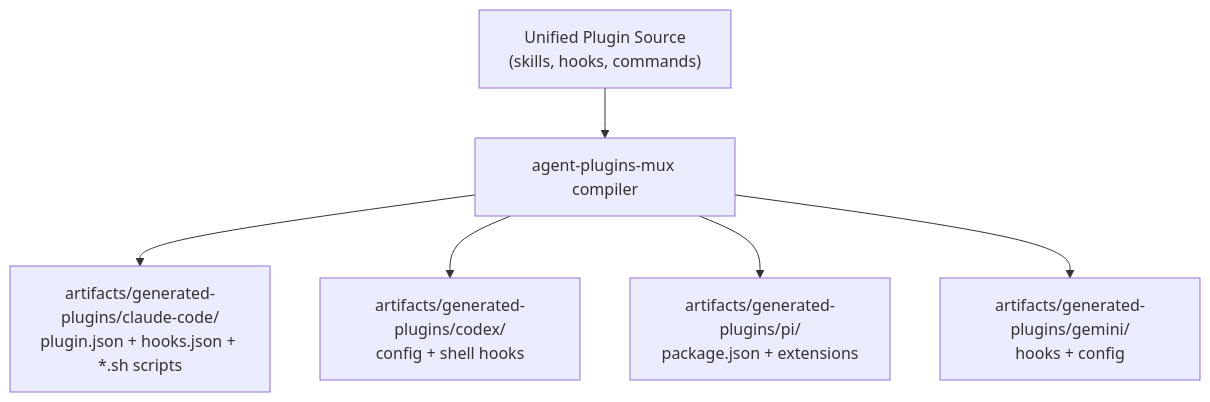
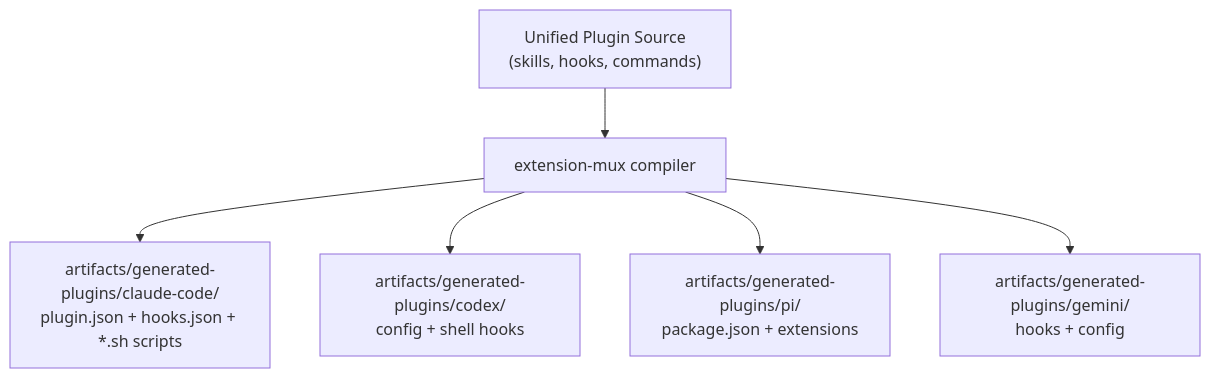
Before and after one commit to danielkman/babysitter: the fifth of 16 diagrams in docs/development/03-babysitter-plugin-flows.md, drawn with Mermaid. The commit also changed other lines of this file and 131 other files, not shown here.

First line of the commit message:
refactor: rename agent-plugins-mux → extension-mux

````diff
--- a/docs/development/03-babysitter-plugin-flows.md
+++ b/docs/development/03-babysitter-plugin-flows.md
@@ -162,9 +162,9 @@
 ```mermaid
 graph TB
-    UPF["Unified Plugin Source<br/>(skills, hooks, commands)"] --> COMPILER["agent-plugins-mux compiler"]
+    UPF["Unified Plugin Source<br/>(skills, hooks, commands)"] --> COMPILER["extension-mux compiler"]
 
     COMPILER --> CC_OUT["artifacts/generated-plugins/claude-code/<br/>plugin.json + hooks.json + *.sh scripts"]
     COMPILER --> CX_OUT["artifacts/generated-plugins/codex/<br/>config + shell hooks"]
     COMPILER --> PI_OUT["artifacts/generated-plugins/pi/<br/>package.json + extensions"]
     COMPILER --> GC_OUT["artifacts/generated-plugins/gemini/<br/>hooks + config"]
 ```
````
